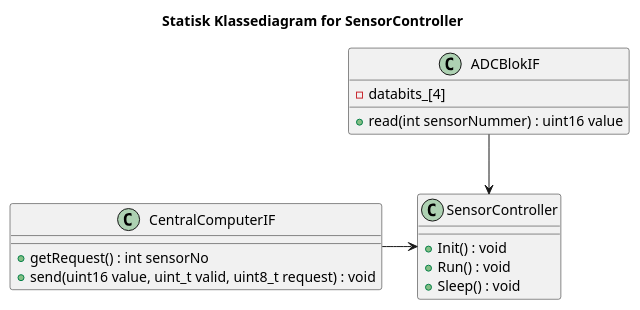
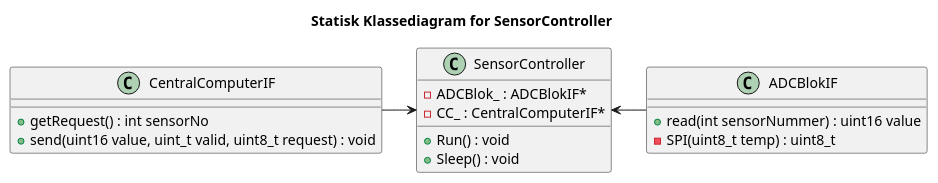
The diagram in Design/SE/SensorController/Software/SensorControllerKlassediagram.puml (Solvgraa-mager/E4PRJ4), drawn with PlantUML before and after one commit. The commit also changed 16 other files, not shown here.

Commit message:
Minors, Sensor Controller og driver

```diff
--- a/Design/SE/SensorController/Software/SensorControllerKlassediagram.puml
+++ b/Design/SE/SensorController/Software/SensorControllerKlassediagram.puml
@@ -1,22 +1,26 @@
 @startuml StatiskKlassediagramforSensorController
 title Statisk Klassediagram for SensorController
 
+
+class ADCBlokIF{
+    +read(int sensorNummer) : uint16 value
+    -SPI(uint8_t temp) : uint8_t
+}
+
 class SensorController{
-    +Init() : void
     +Run() : void
     +Sleep() : void
+    -ADCBlok_ : ADCBlokIF*
+    -CC_ : CentralComputerIF*
+
 }
-class ADCBlokIF{
-    +read(int sensorNummer) : uint16 value
-    -databits_[4]
-}
+
 class CentralComputerIF{
     +getRequest() : int sensorNo
     +send(uint16 value, uint_t valid, uint8_t request) : void
 }
 
-
-ADCBlokIF --> SensorController
+SensorController <- ADCBlokIF
 CentralComputerIF -> SensorController
 
 @enduml
```
